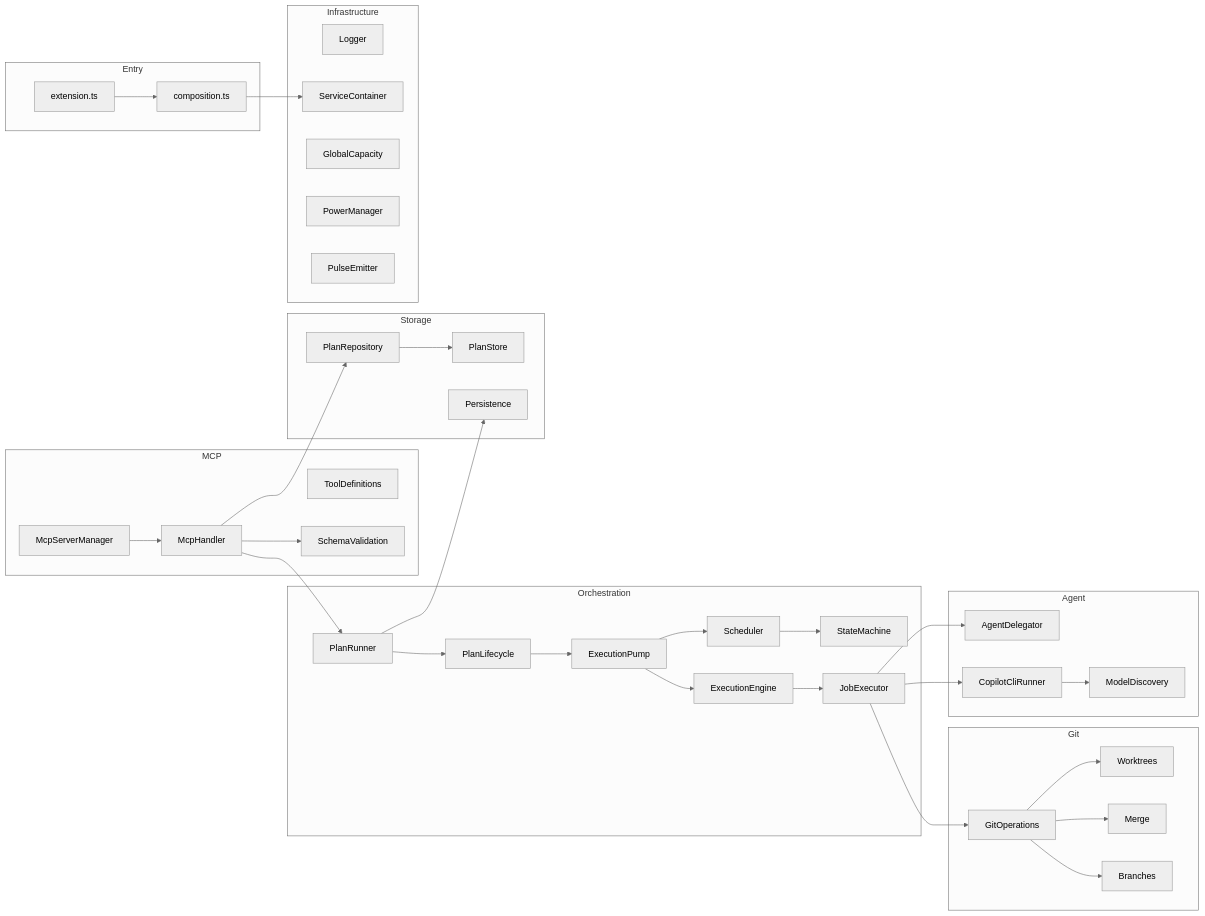
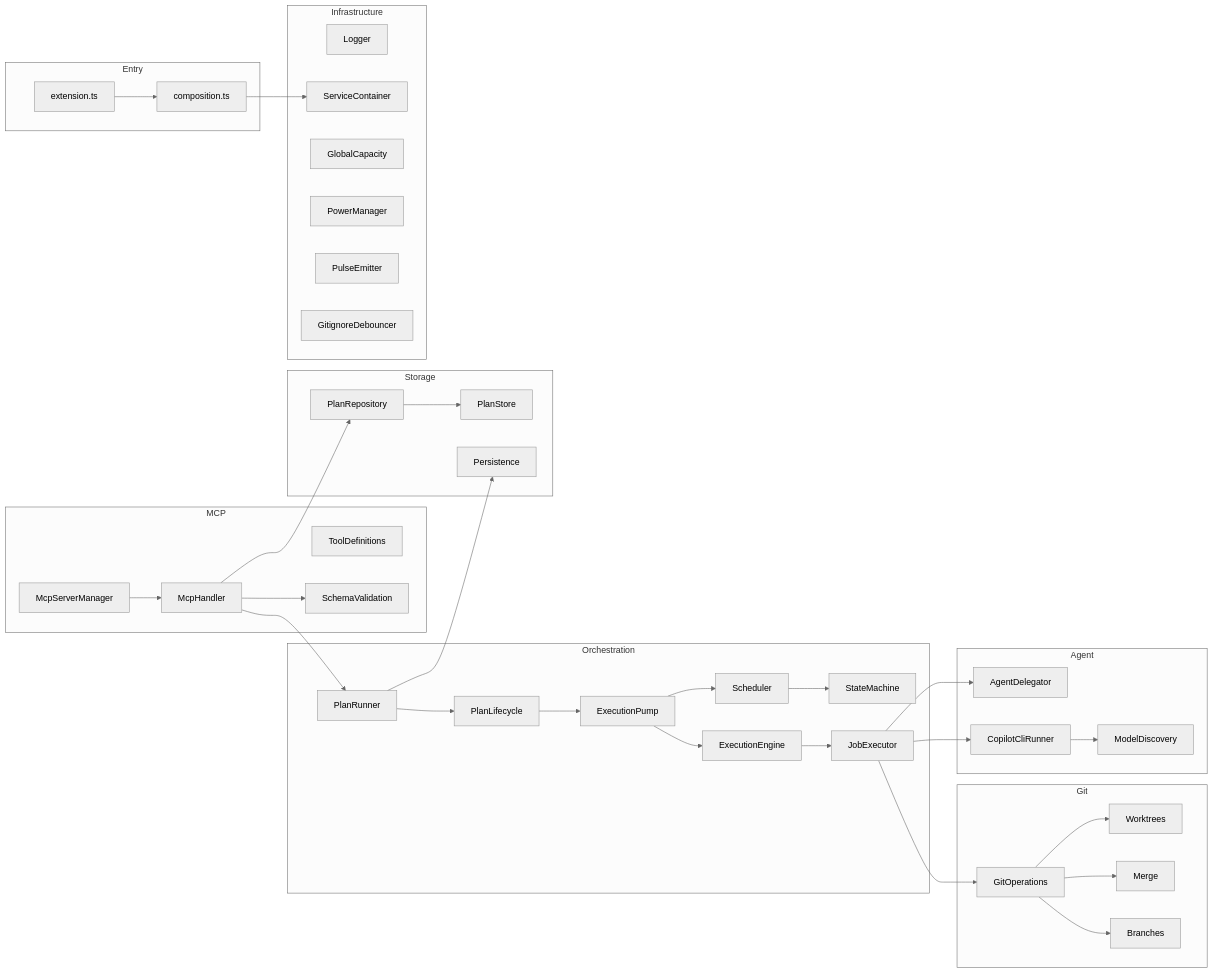
Diagram 11 of 22 in docs/ARCHITECTURE.md (JeromySt/vscode-copilot-orchestrator), drawn with Mermaid (neutral theme) before and after one commit. The commit also changed other lines of this file and 234 other files, not shown here.

````diff
--- a/docs/ARCHITECTURE.md
+++ b/docs/ARCHITECTURE.md
@@ -421,78 +690,79 @@
 ```mermaid
 graph LR
     subgraph "Entry"
         EXT[extension.ts]
         COMP[composition.ts]
     end
 
     subgraph "Orchestration"
         PR[PlanRunner]
         LC[PlanLifecycle]
         PUMP[ExecutionPump]
         SM[StateMachine]
         SCH[Scheduler]
         ENG[ExecutionEngine]
         EXEC[JobExecutor]
     end
 
     subgraph "MCP"
         MGR[McpServerManager]
         HAND[McpHandler]
         TOOLS[ToolDefinitions]
         VAL[SchemaValidation]
     end
 
     subgraph "Storage"
         REPO[PlanRepository]
         STORE[PlanStore]
         PERS[Persistence]
     end
 
     subgraph "Git"
         GITOPS[GitOperations]
         WT[Worktrees]
         MRG[Merge]
         BR[Branches]
     end
 
     subgraph "Agent"
         DELEG[AgentDelegator]
         COPRUN[CopilotCliRunner]
         DISC[ModelDiscovery]
     end
 
     subgraph "Infrastructure"
         LOG[Logger]
         CONT[ServiceContainer]
         GLOB[GlobalCapacity]
         PWR[PowerManager]
         PULSE[PulseEmitter]
+        GITDEB[GitignoreDebouncer]
     end
 
     EXT --> COMP
     COMP --> CONT
 
     PR --> LC
     PR --> PERS
     LC --> PUMP
     PUMP --> SCH
     PUMP --> ENG
     SCH --> SM
     ENG --> EXEC
 
     EXEC --> GITOPS
     EXEC --> COPRUN
     EXEC --> DELEG
 
     HAND --> PR
     HAND --> REPO
     HAND --> VAL
     MGR --> HAND
 
     REPO --> STORE
     GITOPS --> WT
     GITOPS --> MRG
     GITOPS --> BR
 
     COPRUN --> DISC
 ```
````
